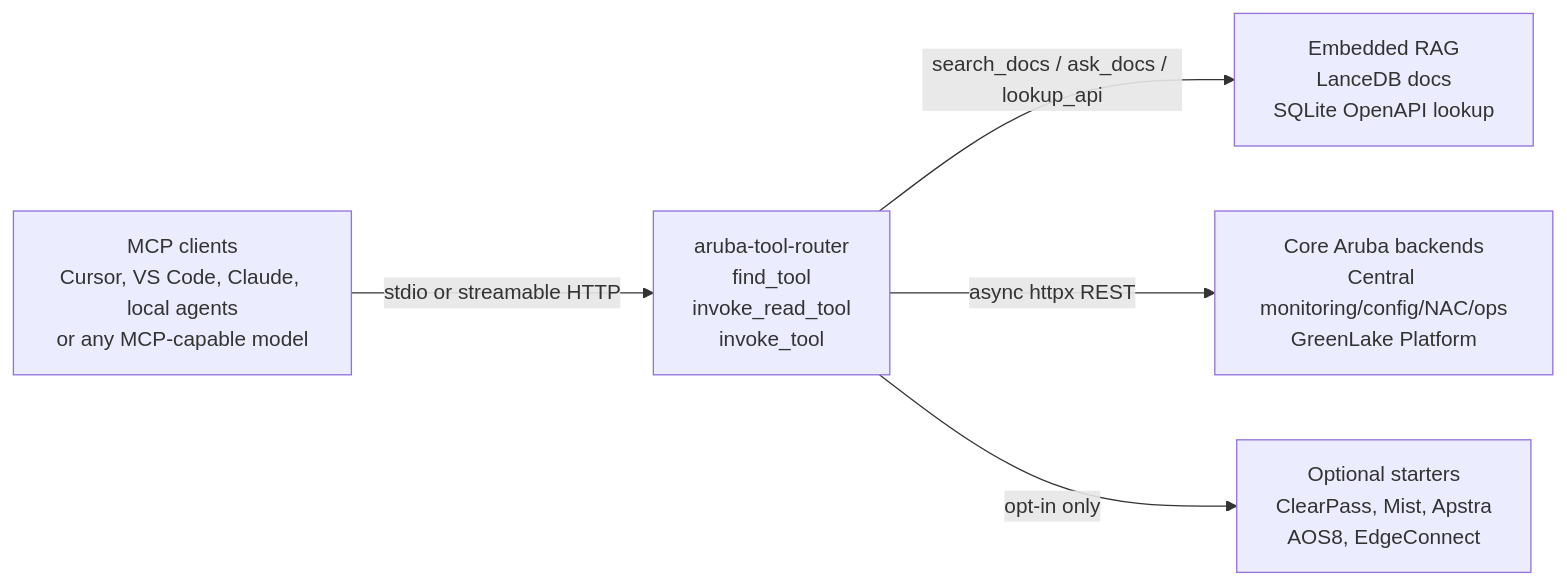
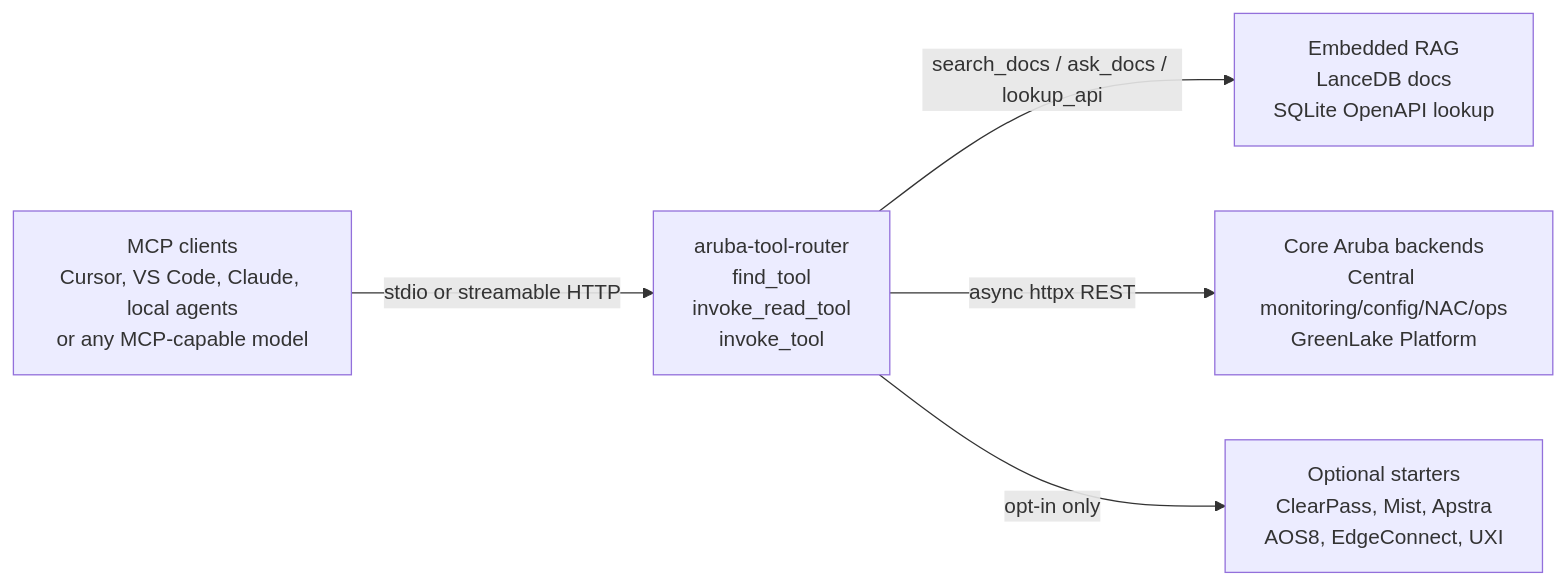
One commit to secure-ssid/centralmcp changed the diagram in README.md. Above: the diagram before and after it, drawn with Mermaid. The commit also changed other lines of this file and 25 other files, not shown here.

First line of the commit message:
Add UXI optional backend

````diff
--- a/README.md
+++ b/README.md
@@ -13,13 +13,13 @@
 ```mermaid
 flowchart LR
     client["MCP clients<br/>Cursor, VS Code, Claude, local agents<br/>or any MCP-capable model"]
     router["aruba-tool-router<br/>find_tool<br/>invoke_read_tool<br/>invoke_tool"]
     rag["Embedded RAG<br/>LanceDB docs<br/>SQLite OpenAPI lookup"]
     core["Core Aruba backends<br/>Central monitoring/config/NAC/ops<br/>GreenLake Platform"]
-    optional["Optional starters<br/>ClearPass, Mist, Apstra<br/>AOS8, EdgeConnect"]
+    optional["Optional starters<br/>ClearPass, Mist, Apstra<br/>AOS8, EdgeConnect, UXI"]
 
     client -->|"stdio or streamable HTTP"| router
     router -->|"search_docs / ask_docs / lookup_api"| rag
     router -->|"async httpx REST"| core
     router -->|"opt-in only"| optional
 ```
````
